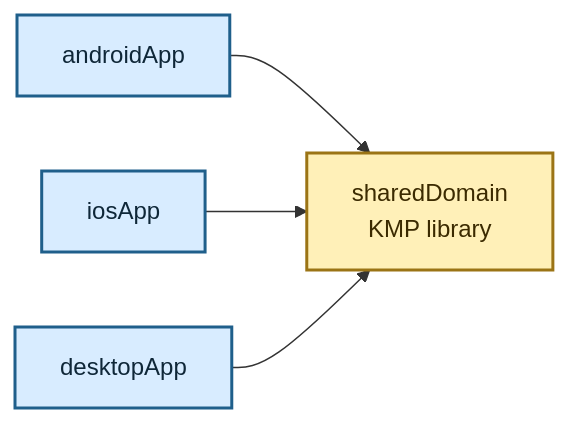
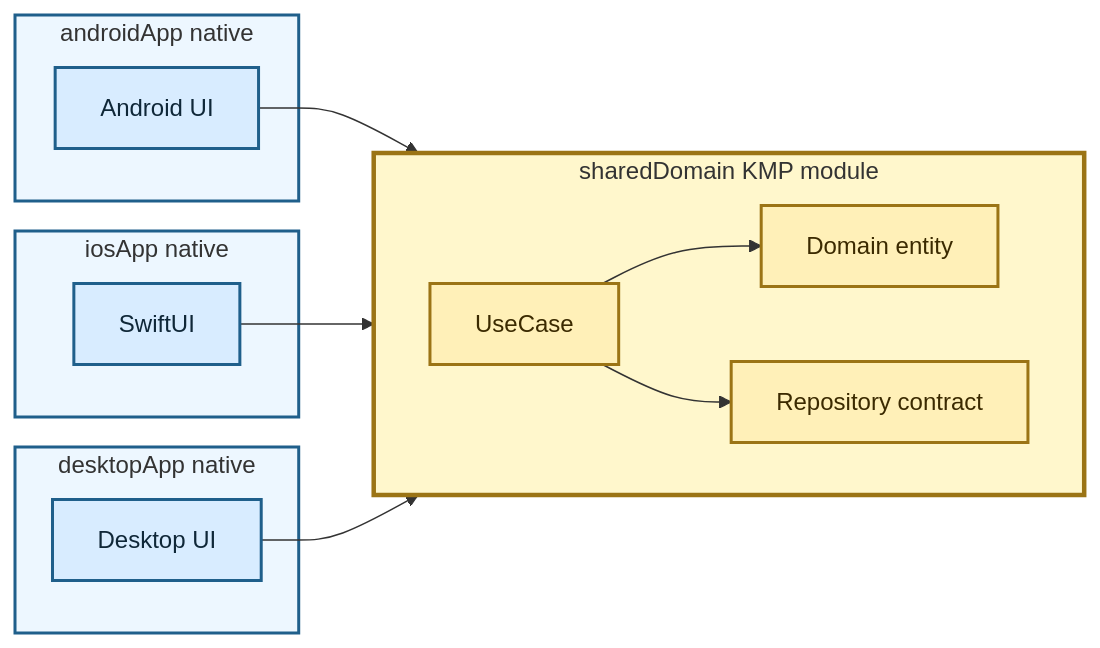
One commit to TheSetox/kmp-sample-diagrams changed the diagram in diagrams/17-three-layer-kmp-domain-simple.md. Above: the diagram before and after it, drawn with Mermaid. The commit also changed 18 other files, not shown here.

Commit message:
docs: clarify kmp and native diagram boundaries

````diff
--- a/diagrams/17-three-layer-kmp-domain-simple.md
+++ b/diagrams/17-three-layer-kmp-domain-simple.md
@@ -5,16 +5,36 @@
 ```mermaid
 flowchart LR
-  Android["androidApp"]
-  IOS["iosApp"]
-  Desktop["desktopApp"]
-  SharedDomain["sharedDomain\nKMP library"]
+  subgraph Android["androidApp native"]
+    AndroidUI["Android UI"]
+  end
 
-  Android --> SharedDomain
-  IOS --> SharedDomain
-  Desktop --> SharedDomain
+  subgraph IOS["iosApp native"]
+    IOSUI["SwiftUI"]
+  end
+
+  subgraph Desktop["desktopApp native"]
+    DesktopUI["Desktop UI"]
+  end
+
+  subgraph KMP["sharedDomain KMP module"]
+    direction LR
+    UseCase["UseCase"]
+    Entity["Domain entity"]
+    RepositoryPort["Repository contract"]
+    UseCase --> Entity
+    UseCase --> RepositoryPort
+  end
+
+  AndroidUI --> UseCase
+  IOSUI --> UseCase
+  DesktopUI --> UseCase
 
   classDef app fill:#d8ecff,stroke:#1f5f8b,color:#0f2738,stroke-width:2px;
-  classDef shared fill:#fff0b8,stroke:#9b7415,color:#3b2a00,stroke-width:2px;
-  class Android,IOS,Desktop app;
-  class SharedDomain shared;
+  classDef kmp fill:#fff0b8,stroke:#9b7415,color:#3b2a00,stroke-width:2px;
+  class AndroidUI,IOSUI,DesktopUI app;
+  class UseCase,Entity,RepositoryPort kmp;
+  style Android fill:#edf7ff,stroke:#1f5f8b,stroke-width:2px
+  style IOS fill:#edf7ff,stroke:#1f5f8b,stroke-width:2px
+  style Desktop fill:#edf7ff,stroke:#1f5f8b,stroke-width:2px
+  style KMP fill:#fff7cc,stroke:#9b7415,stroke-width:3px
 ```
````
